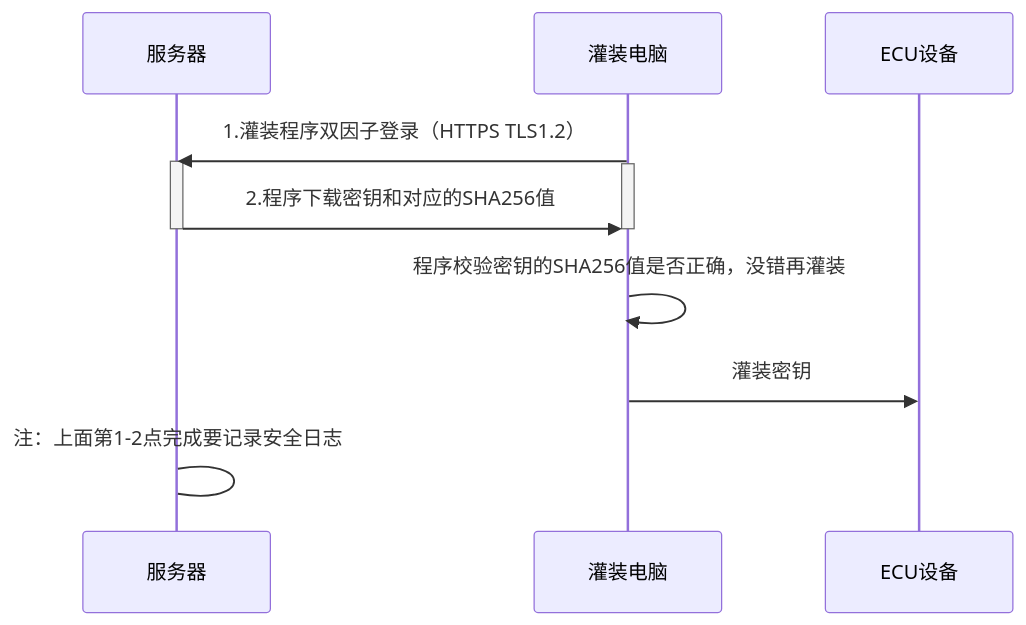
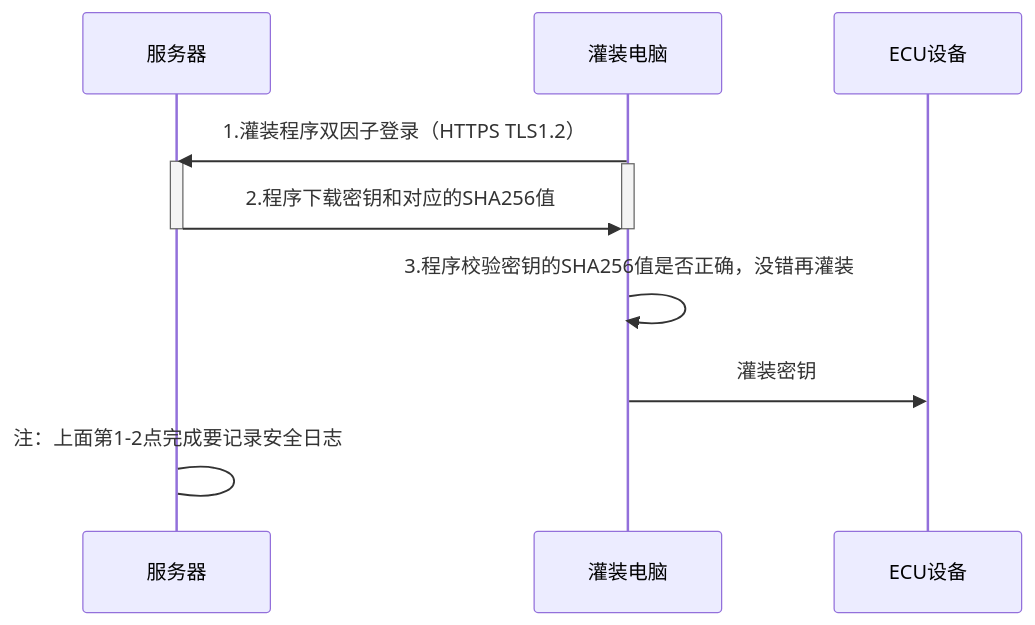
One commit to facebook-cloud/iodraw-files changed the diagram in all/未命名-25.md. Above: the diagram before and after it, drawn with Mermaid.

Commit message:
2026-04-21 15:13:06 update

````diff
--- a/all/未命名-25.md
+++ b/all/未命名-25.md
@@ -1,21 +1,21 @@
 ```mermaid
 sequenceDiagram
   
     participant B as 服务器
     participant D as 灌装电脑
     participant E as ECU设备
 
     D->>B: 1.灌装程序双因子登录（HTTPS TLS1.2）
     activate B
     activate D
 
     B->>D: 2.程序下载密钥和对应的SHA256值 
 
     deactivate B
     deactivate D
     
-    D->>D:程序校验密钥的SHA256值是否正确，没错再灌装
+    D->>D:3.程序校验密钥的SHA256值是否正确，没错再灌装
     D->>E: 灌装密钥
 
     B->B: 注：上面第1-2点完成要记录安全日志
 ```
````
